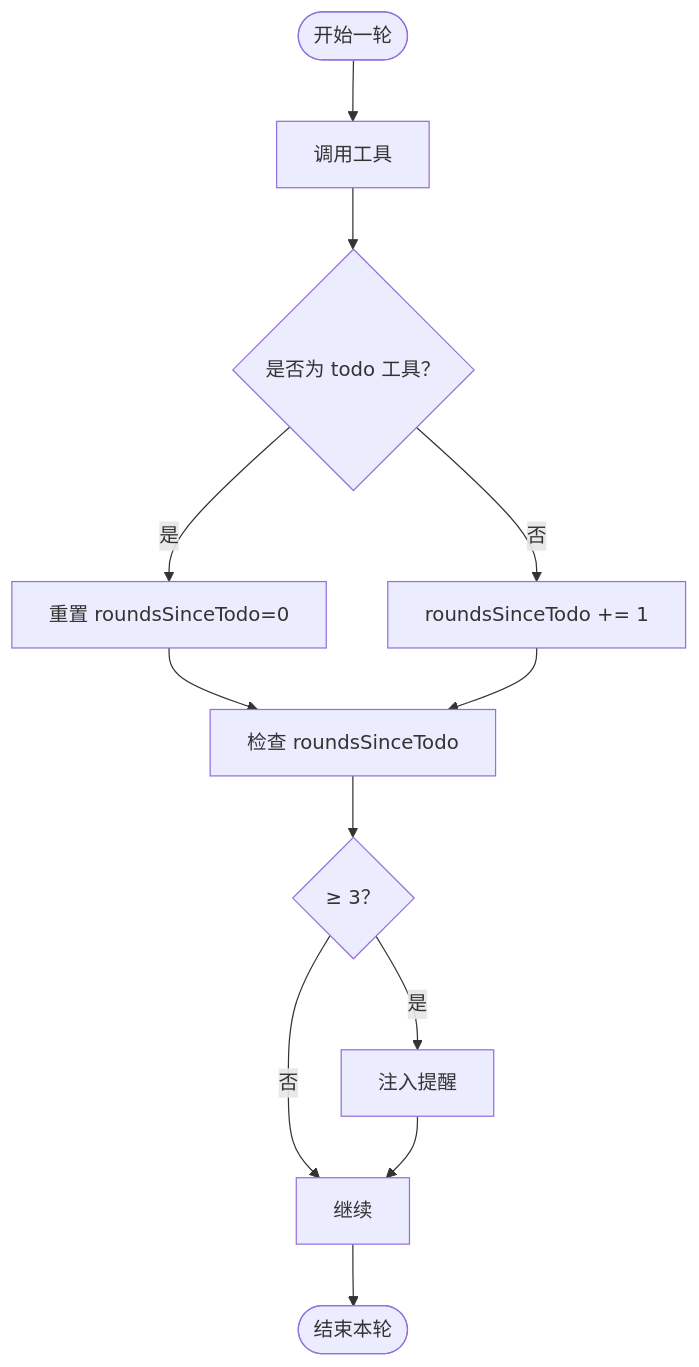
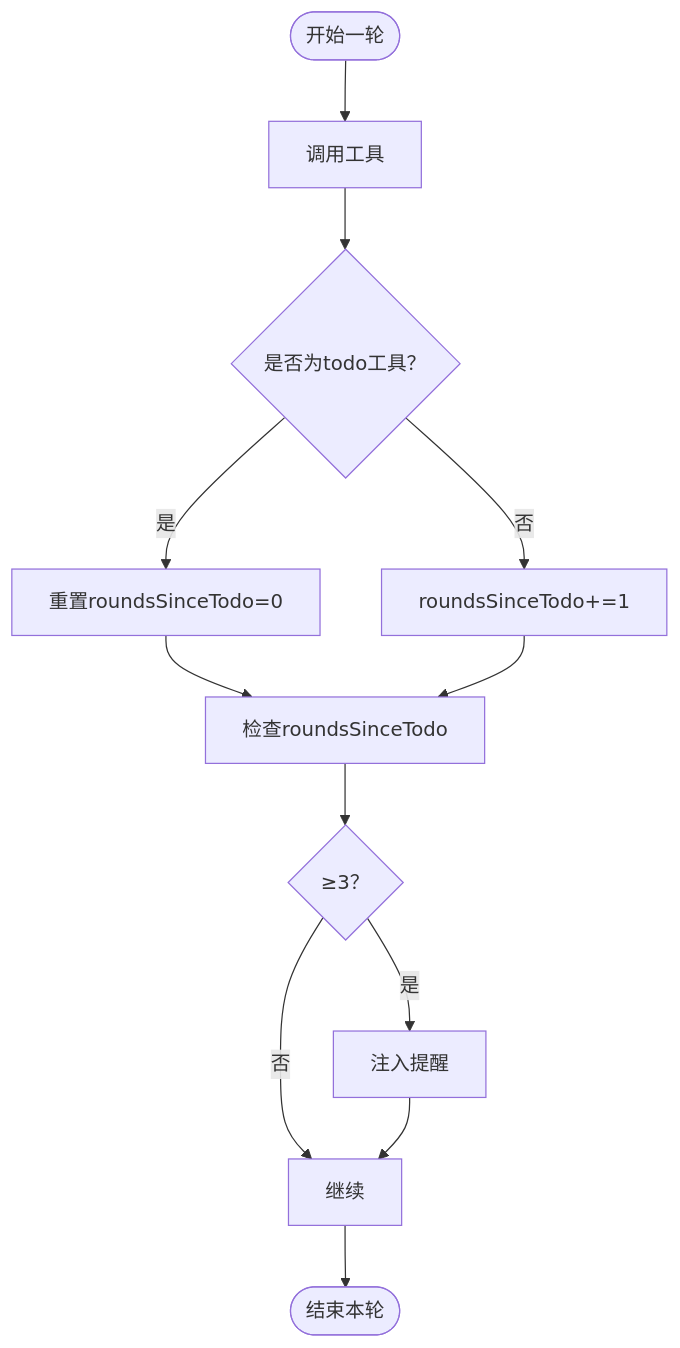
One commit to eurekaYYzero/Mini-Claude-Code changed the fourth of 6 diagrams in .qoder/repowiki/zh/content/渐进式学习教程/阶段三：任务规划管理.md. Above: the diagram before and after it, drawn with Mermaid. The commit also changed other lines of this file and 5 other files, not shown here.

````diff
--- a/.qoder/repowiki/zh/content/渐进式学习教程/阶段三：任务规划管理.md
+++ b/.qoder/repowiki/zh/content/渐进式学习教程/阶段三：任务规划管理.md
@@ -164,14 +208,14 @@
 ```mermaid
 flowchart TD
 Start(["开始一轮"]) --> CallTool["调用工具"]
-CallTool --> IsTodo{"是否为 todo 工具？"}
-IsTodo --> |是| Reset["重置 roundsSinceTodo=0"]
-IsTodo --> |否| Inc["roundsSinceTodo += 1"]
-Reset --> Check["检查 roundsSinceTodo"]
+CallTool --> IsTodo{"是否为todo工具？"}
+IsTodo --> |是| Reset["重置roundsSinceTodo=0"]
+IsTodo --> |否| Inc["roundsSinceTodo+=1"]
+Reset --> Check["检查roundsSinceTodo"]
 Inc --> Check
-Check --> GE3{"≥ 3？"}
+Check --> GE3{"≥3？"}
 GE3 --> |是| Inject["注入提醒"]
 GE3 --> |否| Continue["继续"]
 Inject --> Continue
 Continue --> End(["结束本轮"])
 ```
````
